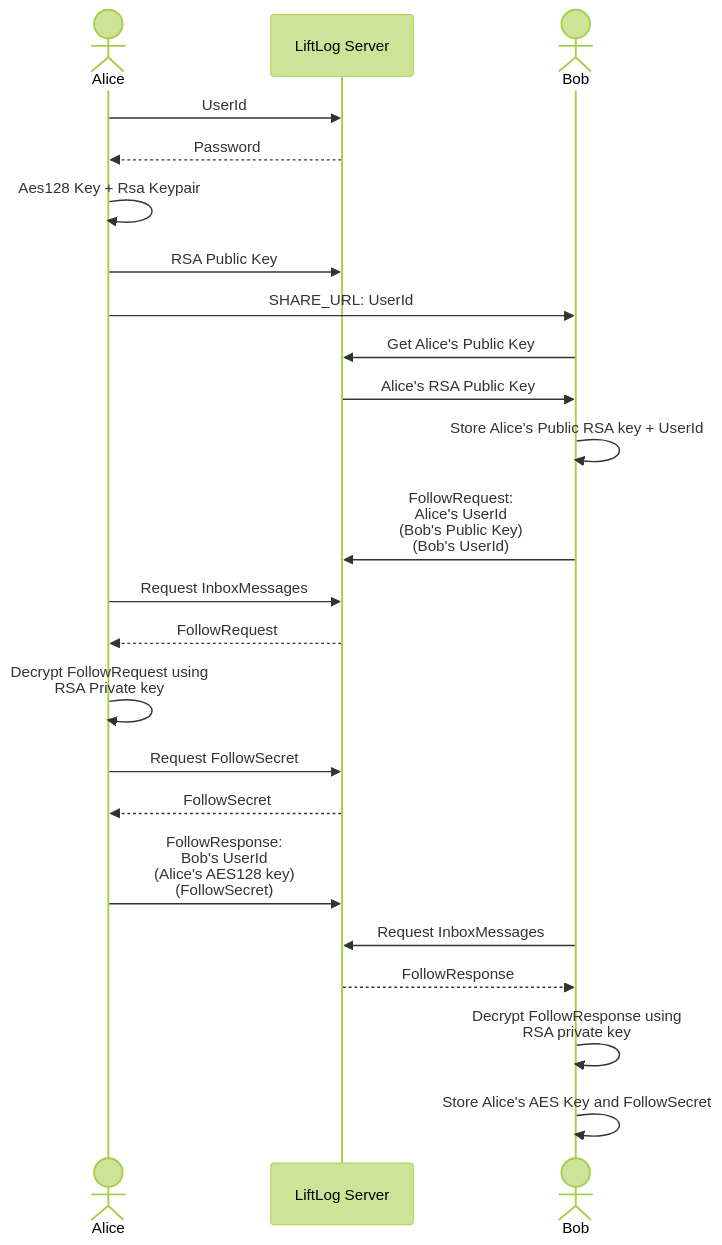
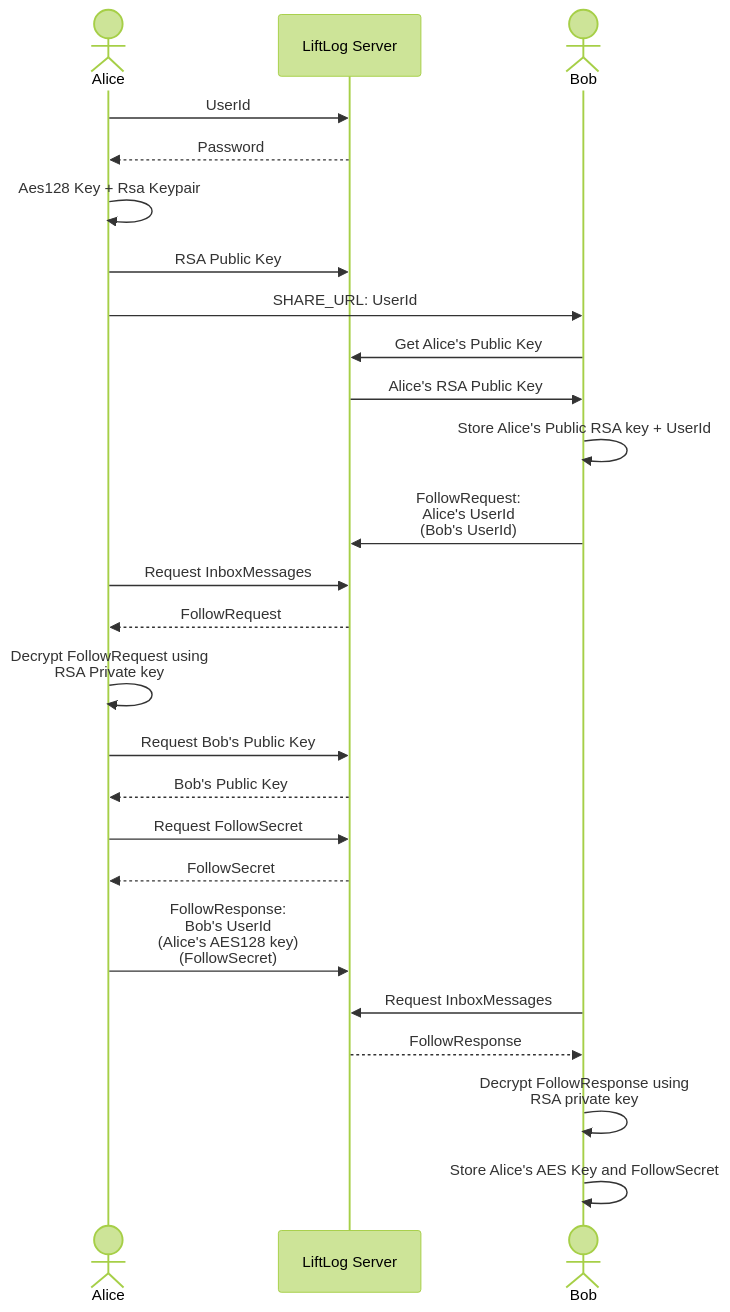
Before and after one commit to LiamMorrow/LiftLog: the first of 2 diagrams in Docs/FeedProcess.md, drawn with Mermaid (forest theme). The commit also changed other lines of this file, not shown here.

````diff
--- a/Docs/FeedProcess.md
+++ b/Docs/FeedProcess.md
@@ -77,25 +76,27 @@
 ```mermaid
 sequenceDiagram
     actor Alice
     participant LiftLog as LiftLog Server
     actor Bob
     Alice->>LiftLog: UserId
     LiftLog-->>Alice: Password
     Alice->>Alice: Aes128 Key + Rsa Keypair
     Alice->>LiftLog: RSA Public Key
     Alice->>Bob: SHARE_URL: UserId
     Bob->>LiftLog: Get Alice's Public Key
     LiftLog->>Bob: Alice's RSA Public Key
     Bob->>Bob: Store Alice's Public RSA key + UserId
-    Bob->>LiftLog: FollowRequest: <br/> Alice's UserId <br/>(Bob's Public Key)<br/>(Bob's UserId)
+    Bob->>LiftLog: FollowRequest: <br/> Alice's UserId <br/>(Bob's UserId)
     Alice->>LiftLog: Request InboxMessages
     LiftLog-->>Alice: FollowRequest
     Alice->>Alice: Decrypt FollowRequest using<br/> RSA Private key
+    Alice->>LiftLog: Request Bob's Public Key
+    LiftLog-->>Alice: Bob's Public Key
     Alice->>LiftLog: Request FollowSecret
     LiftLog-->>Alice: FollowSecret
     Alice->>LiftLog: FollowResponse:<br/>Bob's UserId<br/>(Alice's AES128 key)<br/>(FollowSecret)
     Bob->>LiftLog: Request InboxMessages
     LiftLog-->>Bob: FollowResponse
     Bob->>Bob: Decrypt FollowResponse using<br/>RSA private key
     Bob->>Bob: Store Alice's AES Key and FollowSecret
 ```
````
